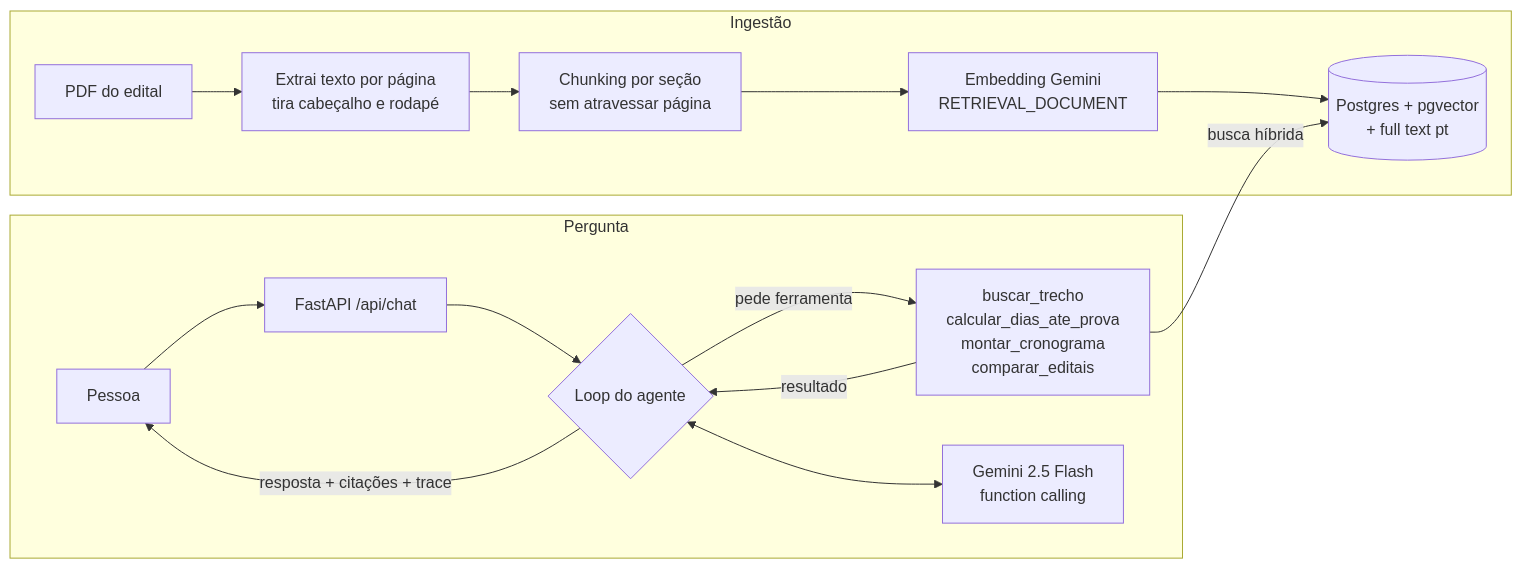
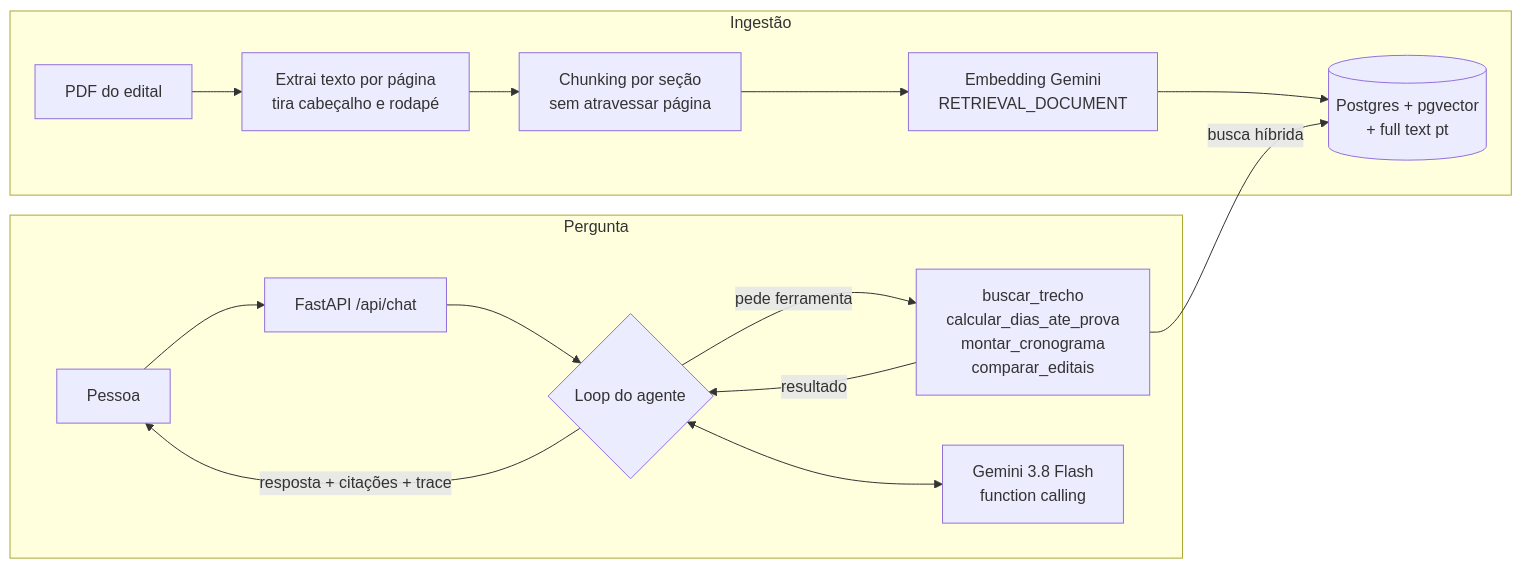
One commit to telessthalita/edital-na-mao changed the diagram in README.md. Above: the diagram before and after it, drawn with Mermaid. The commit also changed other lines of this file and 12 other files, not shown here.

````diff
--- a/README.md
+++ b/README.md
@@ -21,18 +21,18 @@
 ```mermaid
 flowchart LR
     subgraph Ingestão
         PDF[PDF do edital] --> EXT[Extrai texto por página<br/>tira cabeçalho e rodapé]
         EXT --> CH[Chunking por seção<br/>sem atravessar página]
         CH --> EMB[Embedding Gemini<br/>RETRIEVAL_DOCUMENT]
         EMB --> DB[(Postgres + pgvector<br/>+ full text pt)]
     end
     subgraph Pergunta
         U[Pessoa] --> API[FastAPI /api/chat]
         API --> AG{Loop do agente}
         AG -- pede ferramenta --> T[buscar_trecho<br/>calcular_dias_ate_prova<br/>montar_cronograma<br/>comparar_editais]
         T -- busca híbrida --> DB
         T -- resultado --> AG
         AG -- resposta + citações + trace --> U
-        AG <--> LLM[Gemini 2.5 Flash<br/>function calling]
+        AG <--> LLM[Gemini 3.8 Flash<br/>function calling]
     end
 ```
````
